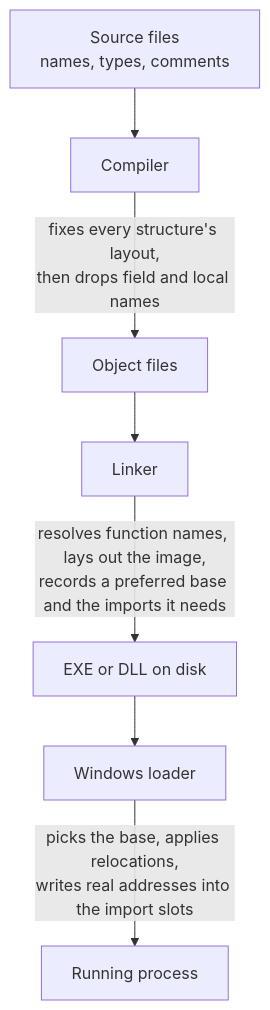
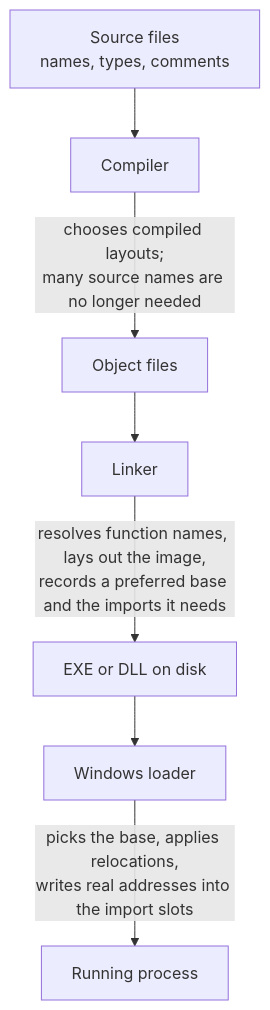
Before and after one commit to MustCodeAl/rust-game-hacking-book: the diagram in site/src/content/docs/pages/1/09.mdx, drawn with Mermaid. The commit also changed other lines of this file and 96 other files, not shown here.

````diff
--- a/site/src/content/docs/pages/1/09.mdx
+++ b/site/src/content/docs/pages/1/09.mdx
@@ -23,9 +26,9 @@
 ```mermaid
 flowchart TD
     A["Source files<br/>names, types, comments"] --> B["Compiler"]
-    B -->|"fixes every structure's layout,<br/>then drops field and local names"| C["Object files"]
+    B -->|"chooses compiled layouts;<br/>many source names are no longer needed"| C["Object files"]
     C --> D["Linker"]
     D -->|"resolves function names, lays out the image,<br/>records a preferred base and the imports it needs"| E["EXE or DLL on disk"]
     E --> F["Windows loader"]
     F -->|"picks the base, applies relocations,<br/>writes real addresses into the import slots"| G["Running process"]
 ```
````
